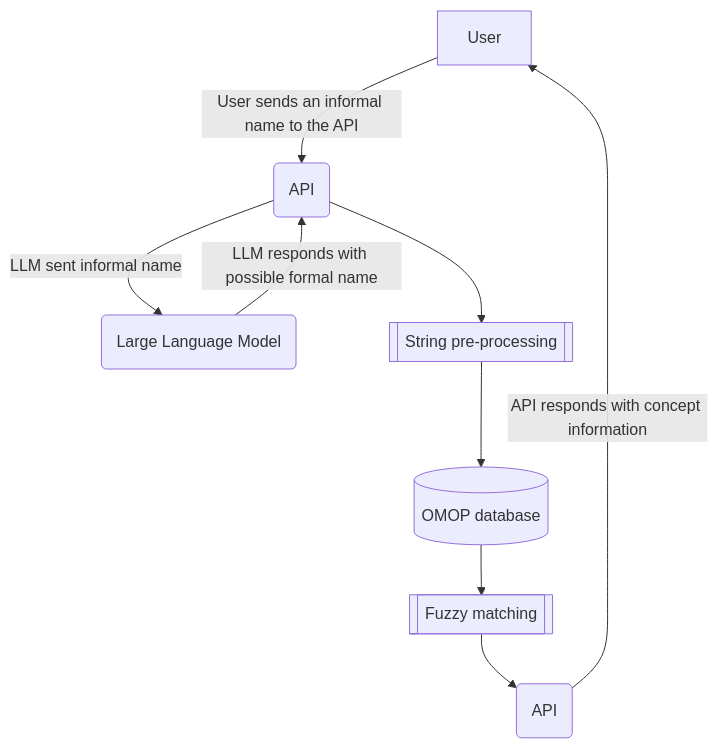
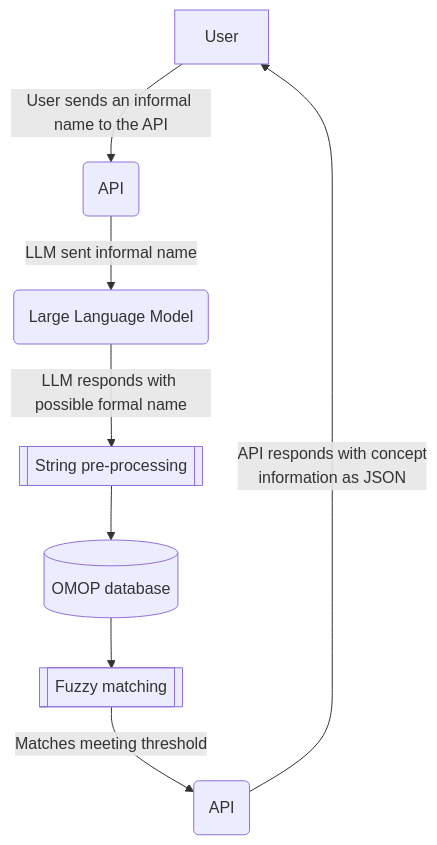
The diagram in llettuce-docs/index.rst (Health-Informatics-UoN/lettuce), drawn with Mermaid before and after one commit. The commit also changed 69 other files, not shown here.

```diff
--- a/llettuce-docs/index.rst
+++ b/llettuce-docs/index.rst
@@ -16,18 +16,17 @@
 .. mermaid::
 
    flowchart TD
     usr[User]
     api_in(API)
     api_out(API)
     llm(Large Language Model)
     strpr[[String pre-processing]]
     omop[(OMOP database)]
     fuzz[[Fuzzy matching]]
     usr -- User sends an informal name to the API --> api_in
-    api_out -- API responds with concept information --> usr
+    api_out -- API responds with concept\ninformation as JSON --> usr
     api_in -- LLM sent informal name --> llm
-    llm -- LLM responds with possible formal name --> api_in
-    api_in --> strpr
+    llm -- LLM responds with possible formal name --> strpr
     strpr --> omop
     omop --> fuzz
-    fuzz --> api_out
+    fuzz -- Matches meeting threshold --> api_out
```
